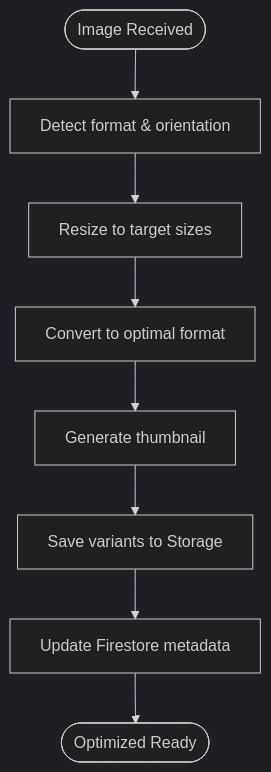
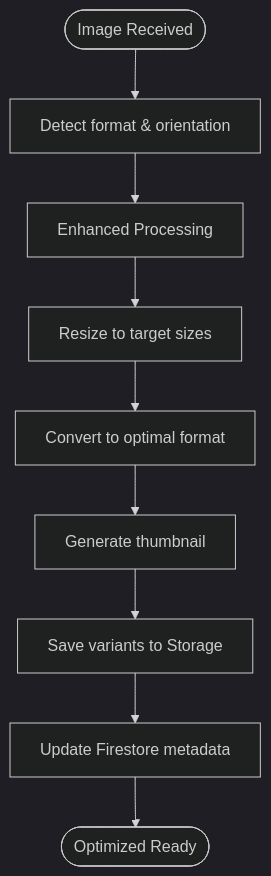
The fourth of 15 diagrams in .qoder/repowiki/en/content/Media Management/Media Management.md (raihom-netizen/com.gestaoyahwehios.app), drawn with Mermaid (dark theme) before and after one commit. The commit also changed other lines of this file and 504 other files, not shown here.

````diff
--- a/.qoder/repowiki/en/content/Media Management/Media Management.md
+++ b/.qoder/repowiki/en/content/Media Management/Media Management.md
@@ -169,10 +200,11 @@
 ```mermaid
 flowchart TD
 ImgStart(["Image Received"]) --> Detect["Detect format & orientation"]
-Detect --> Resize["Resize to target sizes"]
+Detect --> Enhance["Enhanced Processing"]
+Enhance --> Resize["Resize to target sizes"]
 Resize --> Convert["Convert to optimal format"]
 Convert --> Thumb["Generate thumbnail"]
 Thumb --> Save["Save variants to Storage"]
 Save --> Meta["Update Firestore metadata"]
 Meta --> ImgEnd(["Optimized Ready"])
 ```
````
